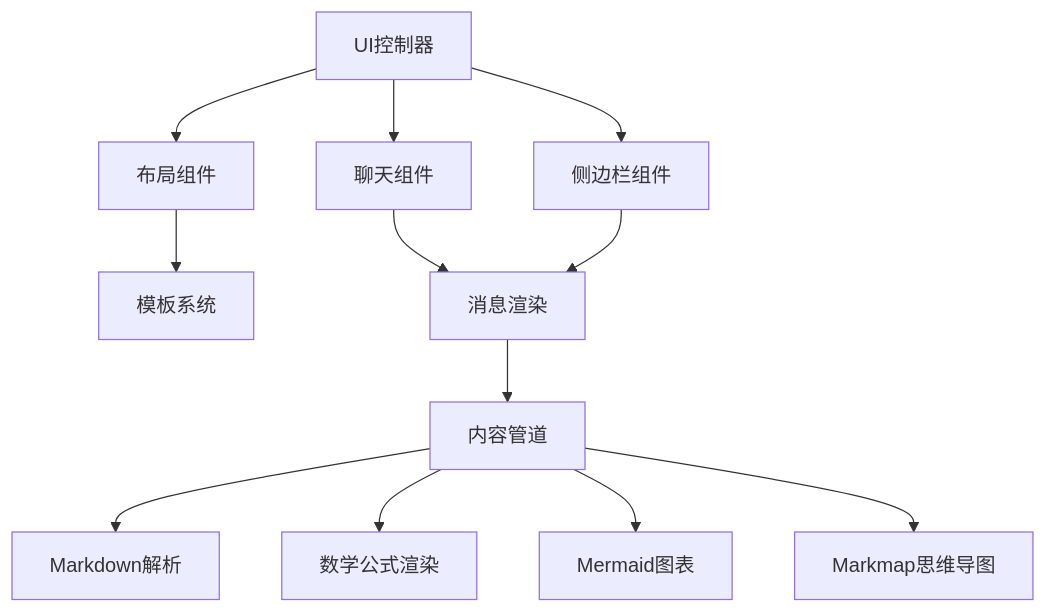
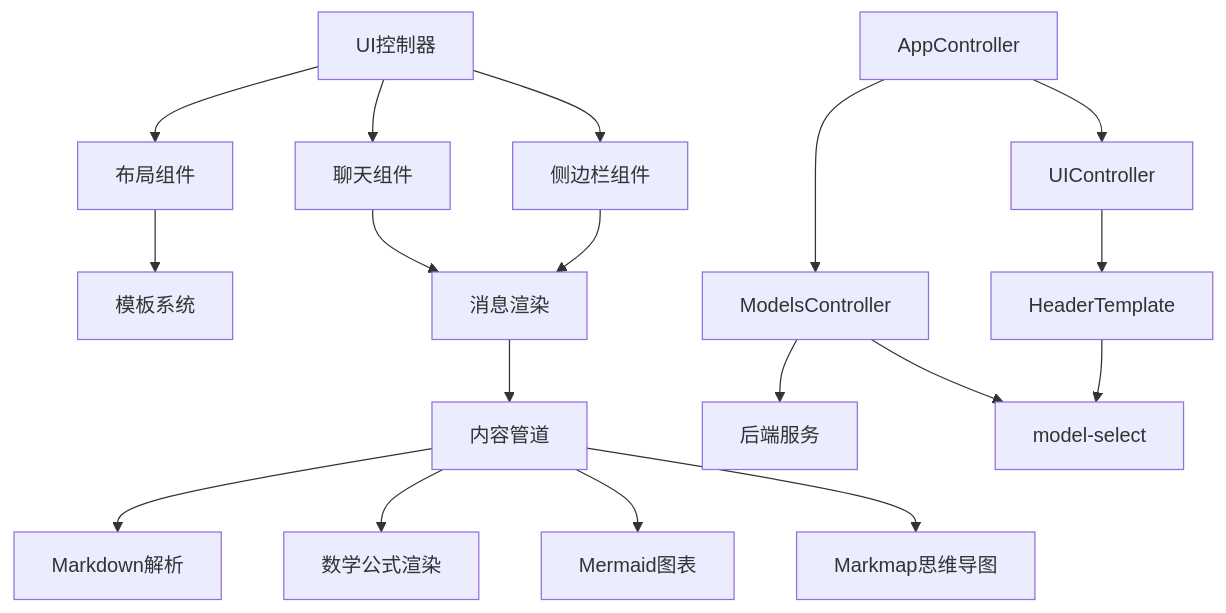
One commit to SEVENTEEN-TAN/gemini-nexus changed the second of 9 diagrams in .qoder/repowiki/zh/content/架构设计/整体架构/Sandbox沙箱环境/沙箱UI渲染.md. Above: the diagram before and after it, drawn with Mermaid. The commit also changed other lines of this file and 16 other files, not shown here.

````diff
--- a/.qoder/repowiki/zh/content/架构设计/整体架构/Sandbox沙箱环境/沙箱UI渲染.md
+++ b/.qoder/repowiki/zh/content/架构设计/整体架构/Sandbox沙箱环境/沙箱UI渲染.md
@@ -108,14 +135,20 @@
 ```mermaid
 graph TD
 A["UI控制器"] --> B["布局组件"]
 A --> C["聊天组件"]
 A --> D["侧边栏组件"]
 B --> E["模板系统"]
 C --> F["消息渲染"]
 D --> F
 F --> G["内容管道"]
 G --> H["Markdown解析"]
 G --> I["数学公式渲染"]
 G --> J["Mermaid图表"]
 G --> K["Markmap思维导图"]
+L["AppController"] --> M["ModelsController"]
+M --> N["后端服务"]
+L --> O["UIController"]
+O --> P["HeaderTemplate"]
+P --> Q["model-select"]
+M --> Q
 ```
````
